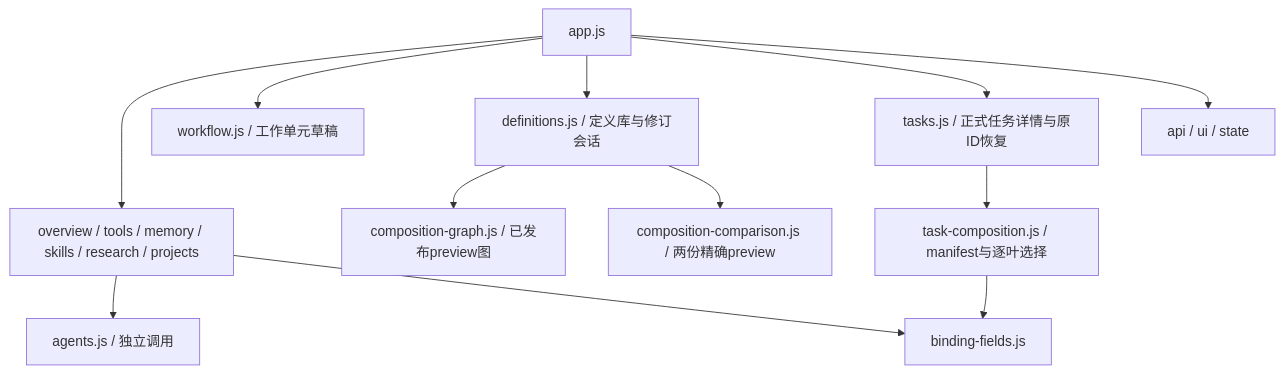
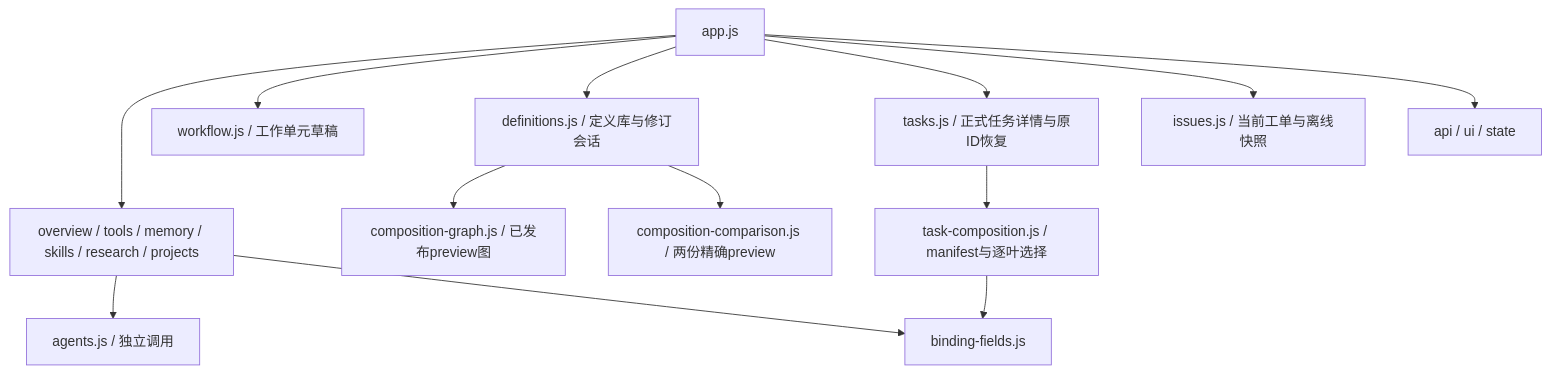
Before and after one commit to 626619403/Ergora: the fourth of 5 diagrams in docs/architecture/current.md, drawn with Mermaid. The commit also changed other lines of this file and 18 other files, not shown here.

````diff
--- a/docs/architecture/current.md
+++ b/docs/architecture/current.md
@@ -180,14 +182,15 @@
 ```mermaid
 flowchart TB
   App[app.js] --> Views[overview / tools / memory / skills / research / projects]
   App --> Draft[workflow.js / 工作单元草稿]
   App --> Definitions[definitions.js / 定义库与修订会话]
   App --> Tasks[tasks.js / 正式任务详情与原ID恢复]
+  App --> Issues[issues.js / 当前工单与离线快照]
   Views --> Agents[agents.js / 独立调用]
   Definitions --> Graph[composition-graph.js / 已发布preview图]
   Definitions --> Compare[composition-comparison.js / 两份精确preview]
   Tasks --> Selection[task-composition.js / manifest与逐叶选择]
   Selection --> Fields[binding-fields.js]
   Views --> Fields
   App --> Shared[api / ui / state]
 ```
````
